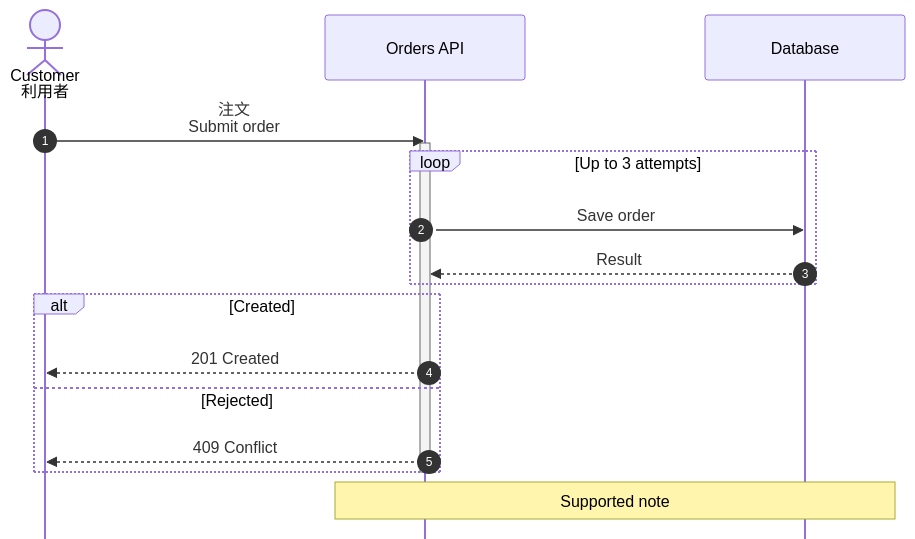
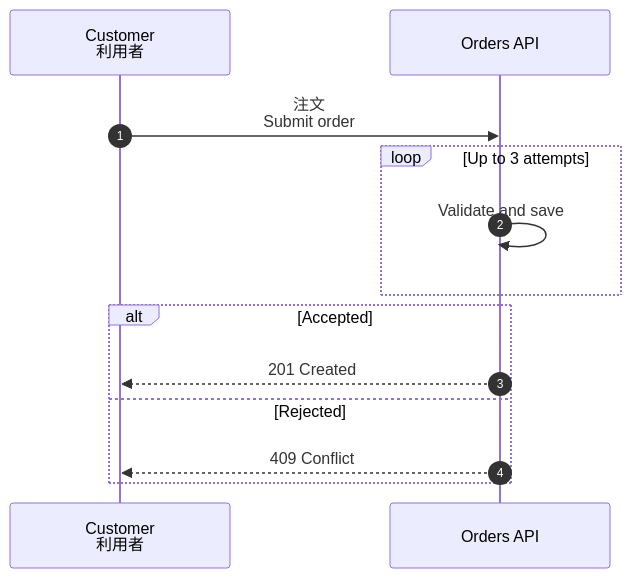
One commit to runceel/MarkdStage changed the second of 8 diagrams in docs/examples/mermaid-support.md. Above: the diagram before and after it, drawn with Mermaid. The commit also changed other lines of this file, not shown here.

Commit message:
docs: improve Mermaid example rendering

Copilot-Session: 49f66a03-bd0c-4f42-ba50-f044024f4417

````diff
--- a/docs/examples/mermaid-support.md
+++ b/docs/examples/mermaid-support.md
@@ -48,21 +48,16 @@
 ```mermaid
-%%{init: {"sequence": {"diagramMarginX": 100, "actorMargin": 180, "width": 200, "messageMargin": 25, "mirrorActors": false}}}%%
+%%{init: {"sequence": {"diagramMarginX": 80, "actorMargin": 160, "width": 220, "messageMargin": 22}}}%%
 sequenceDiagram
     autonumber
-    actor U as Customer<br/>利用者
+    participant U as Customer<br/>利用者
     participant A as Orders API
-    participant D as Database
     U->>A: 注文<br/>Submit order
-    activate A
     loop Up to 3 attempts
-        A->>D: Save order
-        D-->>A: Result
+        A->>A: Validate and save
     end
-    alt Created
+    alt Accepted
         A-->>U: 201 Created
     else Rejected
         A-->>U: 409 Conflict
     end
-    deactivate A
-    Note over A,D: Supported note
 ```
````
